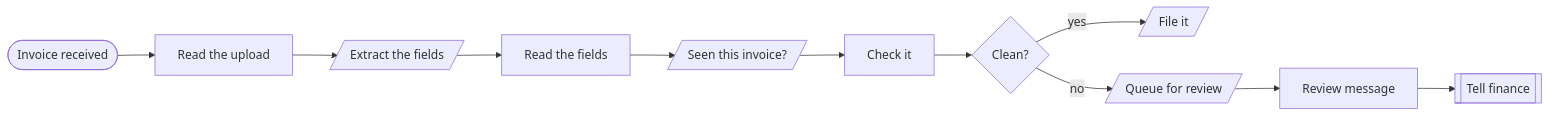
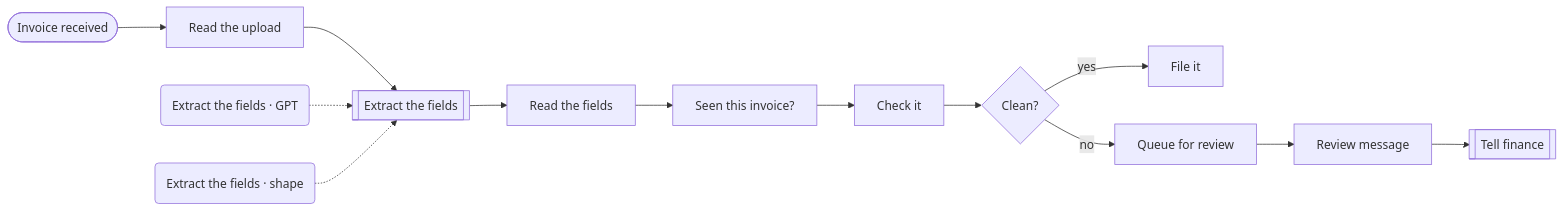
The fourth of 4 diagrams in workflows/commerce/README.md (kimjoshuadr/n8n-workflows), drawn with Mermaid before and after one commit. The commit also changed other lines of this file and 184 other files, not shown here.

Commit message:
Finish the move to named platforms: blocks, BambooHR, generated README, schema and platform marks

````diff
--- a/workflows/commerce/README.md
+++ b/workflows/commerce/README.md
@@ -166,24 +164,28 @@
 ```mermaid
 flowchart LR
   n8xk0bf(["Invoice received"])
   nqy0qxf["Read the upload"]
-  n1jqwfxq[/"Extract the fields"/]
+  n1jqwfxq[["Extract the fields"]]
+  n197auuo("Extract the fields · GPT")
+  n14pmnwm("Extract the fields · shape")
   njqdbt7["Read the fields"]
-  n1ebk2nq[/"Seen this invoice?"/]
+  n1ebk2nq["Seen this invoice?"]
   nuc14dm["Check it"]
   n1t4wyd9{"Clean?"}
-  n221iyw[/"File it"/]
-  n1coc5k5[/"Queue for review"/]
+  n221iyw["File it"]
+  n1coc5k5["Queue for review"]
   n20moti["Review message"]
   nd3wmc2[["Tell finance"]]
   n8xk0bf --> nqy0qxf
   nqy0qxf --> n1jqwfxq
   n1jqwfxq --> njqdbt7
   njqdbt7 --> n1ebk2nq
   n1ebk2nq --> nuc14dm
   nuc14dm --> n1t4wyd9
   n1t4wyd9 -->|yes| n221iyw
   n1t4wyd9 -->|no| n1coc5k5
   n1coc5k5 --> n20moti
   n20moti --> nd3wmc2
+  n197auuo -.-> n1jqwfxq
+  n14pmnwm -.-> n1jqwfxq
 ```
````
